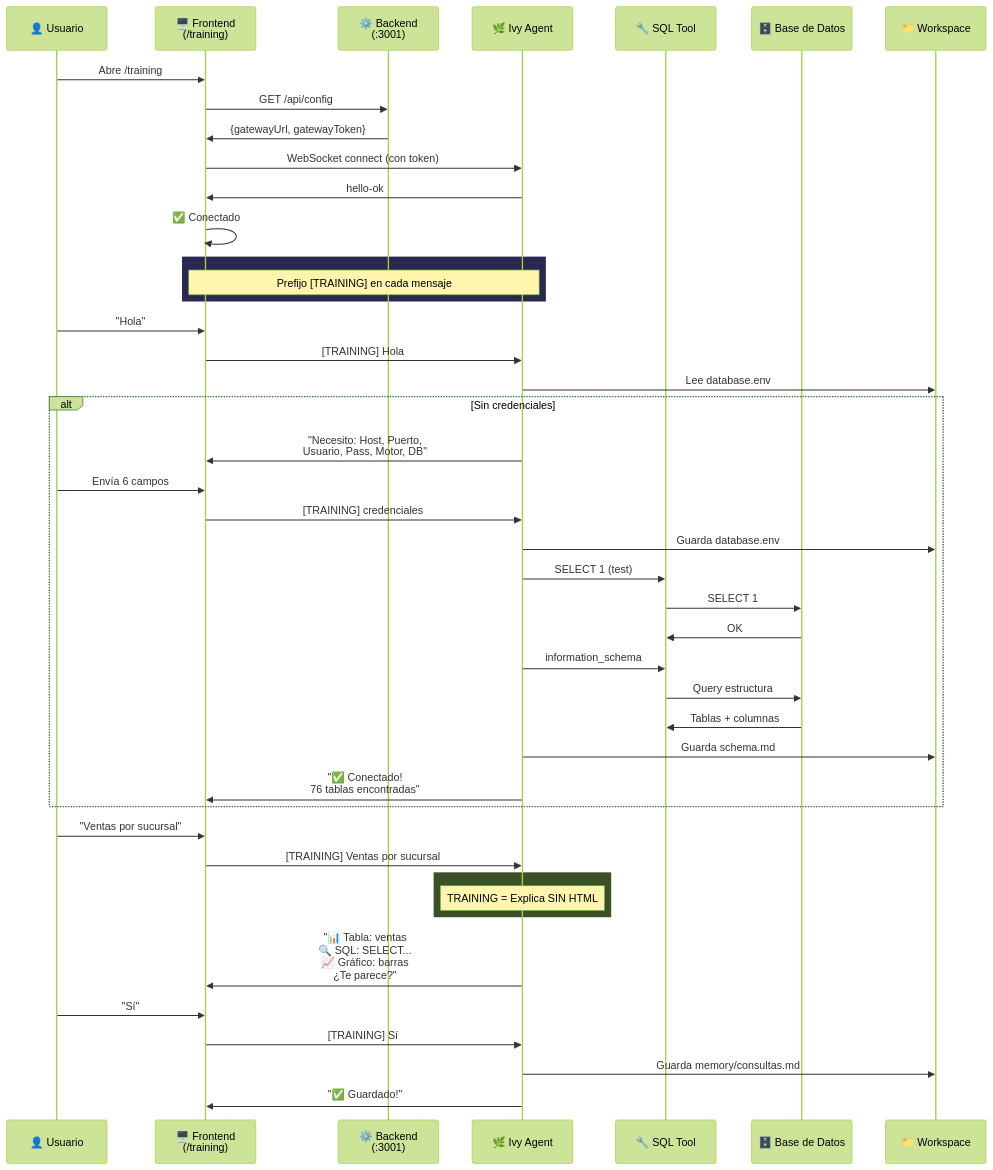
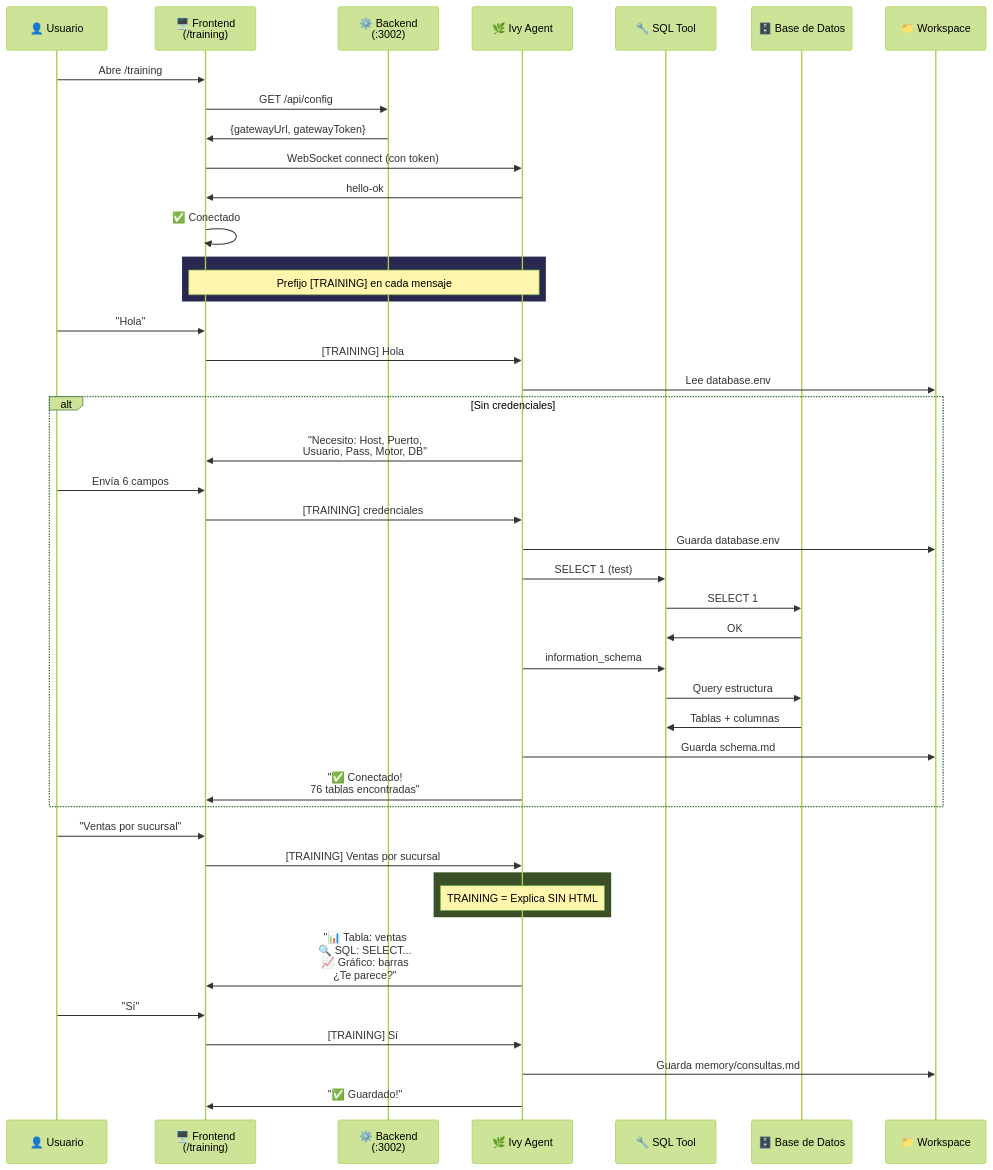
Before and after one commit to dchaves80/CloverBI: the third of 4 diagrams in docs/02-arquitectura.md, drawn with Mermaid (forest theme). The commit also changed other lines of this file and 5 other files, not shown here.

````diff
--- a/docs/02-arquitectura.md
+++ b/docs/02-arquitectura.md
@@ -79,54 +145,54 @@
 ```mermaid
 sequenceDiagram
     participant U as 👤 Usuario
     participant F as 🖥️ Frontend<br/>(/training)
-    participant B as ⚙️ Backend<br/>(:3001)
+    participant B as ⚙️ Backend<br/>(:3002)
     participant I as 🌿 Ivy Agent
     participant S as 🔧 SQL Tool
     participant DB as 🗄️ Base de Datos
     participant W as 📁 Workspace
 
     U->>F: Abre /training
     F->>B: GET /api/config
     B->>F: {gatewayUrl, gatewayToken}
     F->>I: WebSocket connect (con token)
     I->>F: hello-ok
     F->>F: ✅ Conectado
     
     rect rgb(40, 40, 80)
         Note over F,I: Prefijo [TRAINING] en cada mensaje
     end
     
     U->>F: "Hola"
     F->>I: [TRAINING] Hola
     I->>W: Lee database.env
     
     alt Sin credenciales
         I->>F: "Necesito: Host, Puerto,<br/>Usuario, Pass, Motor, DB"
         U->>F: Envía 6 campos
         F->>I: [TRAINING] credenciales
         I->>W: Guarda database.env
         I->>S: SELECT 1 (test)
         S->>DB: SELECT 1
         DB->>S: OK
         I->>S: information_schema
         S->>DB: Query estructura
         DB->>S: Tablas + columnas
         I->>W: Guarda schema.md
         I->>F: "✅ Conectado!<br/>76 tablas encontradas"
     end
     
     U->>F: "Ventas por sucursal"
     F->>I: [TRAINING] Ventas por sucursal
     
     rect rgb(60, 80, 40)
         Note over I: TRAINING = Explica SIN HTML
     end
     
     I->>F: "📊 Tabla: ventas<br/>🔍 SQL: SELECT...<br/>📈 Gráfico: barras<br/>¿Te parece?"
     
     U->>F: "Sí"
     F->>I: [TRAINING] Sí
     I->>W: Guarda memory/consultas.md
     I->>F: "✅ Guardado!"
 ```
````
